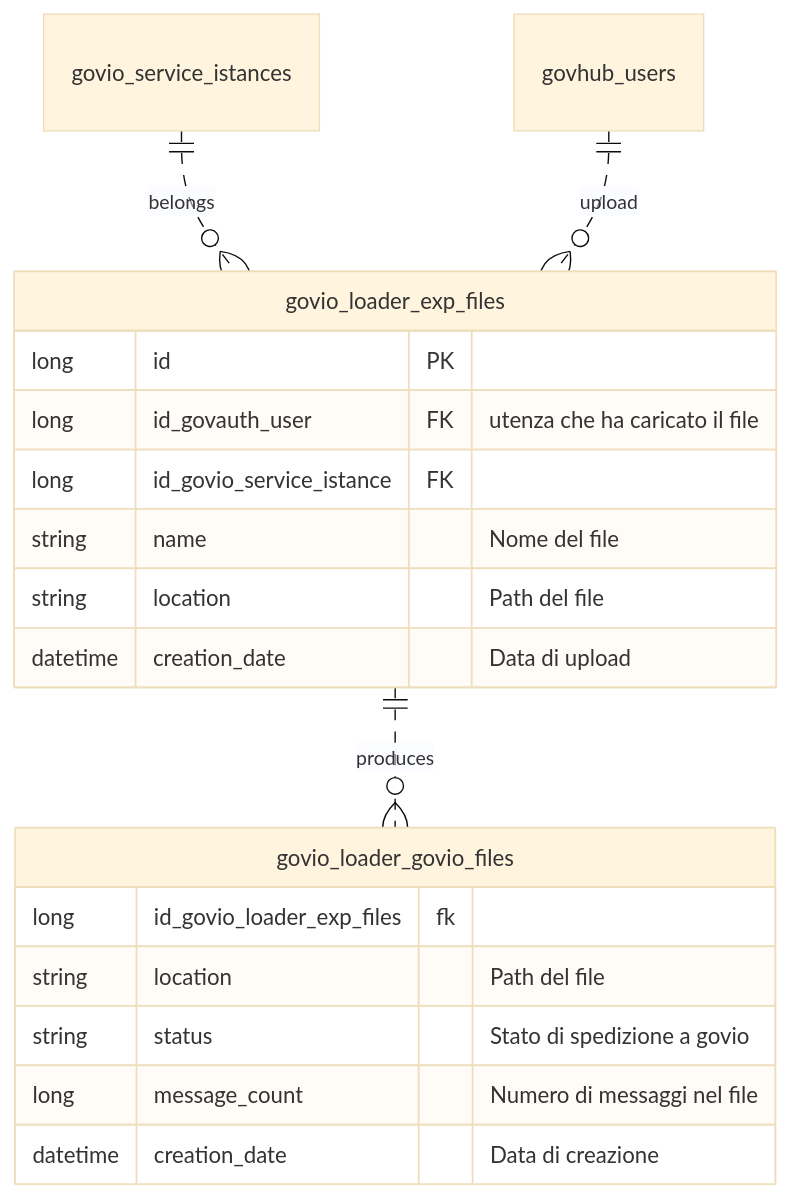
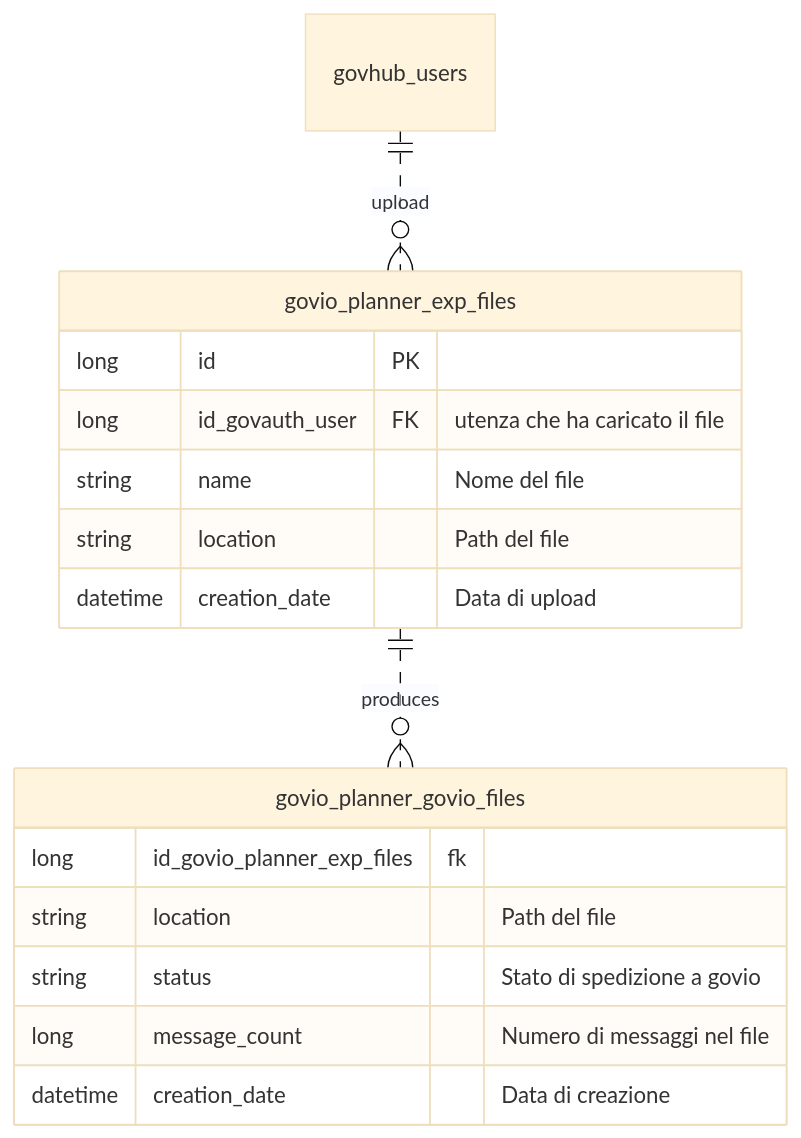
The diagram in README.md (link-it/govio-planner), drawn with Mermaid (base theme) before and after one commit. The commit also changed other lines of this file, not shown here.

````diff
--- a/README.md
+++ b/README.md
@@ -34,24 +34,22 @@
 ```mermaid
 erDiagram
-    govio_service_istances ||..o{ govio_loader_exp_files : belongs
-    govhub_users ||..o{ govio_loader_exp_files : upload  
-    govio_loader_exp_files ||..o{ govio_loader_govio_files : produces
+    govhub_users ||..o{ govio_planner_exp_files : upload  
+    govio_planner_exp_files ||..o{ govio_planner_govio_files : produces
 
-    govio_loader_exp_files {
+    govio_planner_exp_files {
         long id PK
         long id_govauth_user FK "utenza che ha caricato il file" 
-        long id_govio_service_istance FK
         string name "Nome del file"
         string location "Path del file"
         datetime creation_date "Data di upload"
     }
 
-    govio_loader_govio_files {
-        long id_govio_loader_exp_files fk
+    govio_planner_govio_files {
+        long id_govio_planner_exp_files fk
         string location "Path del file" 
         string status "Stato di spedizione a govio"
         long message_count "Numero di messaggi nel file"
         datetime creation_date "Data di creazione"
     }
 
 ```
````
